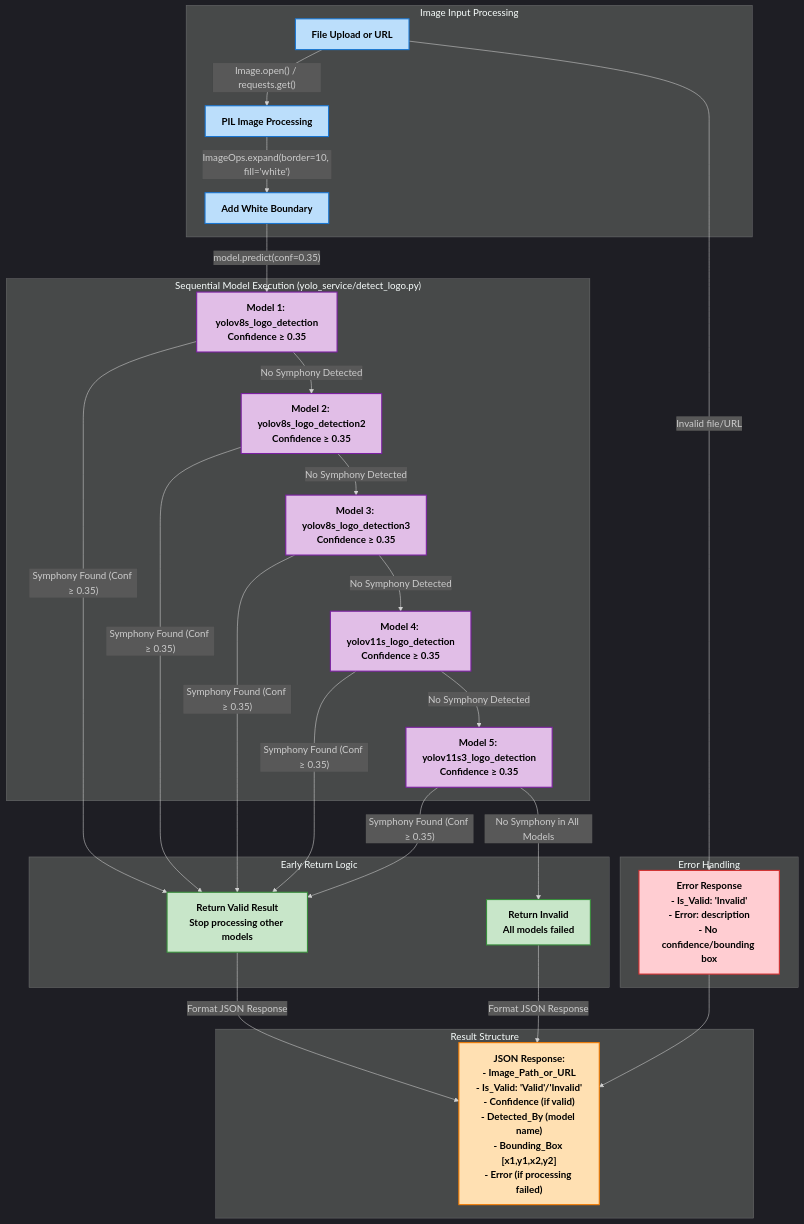
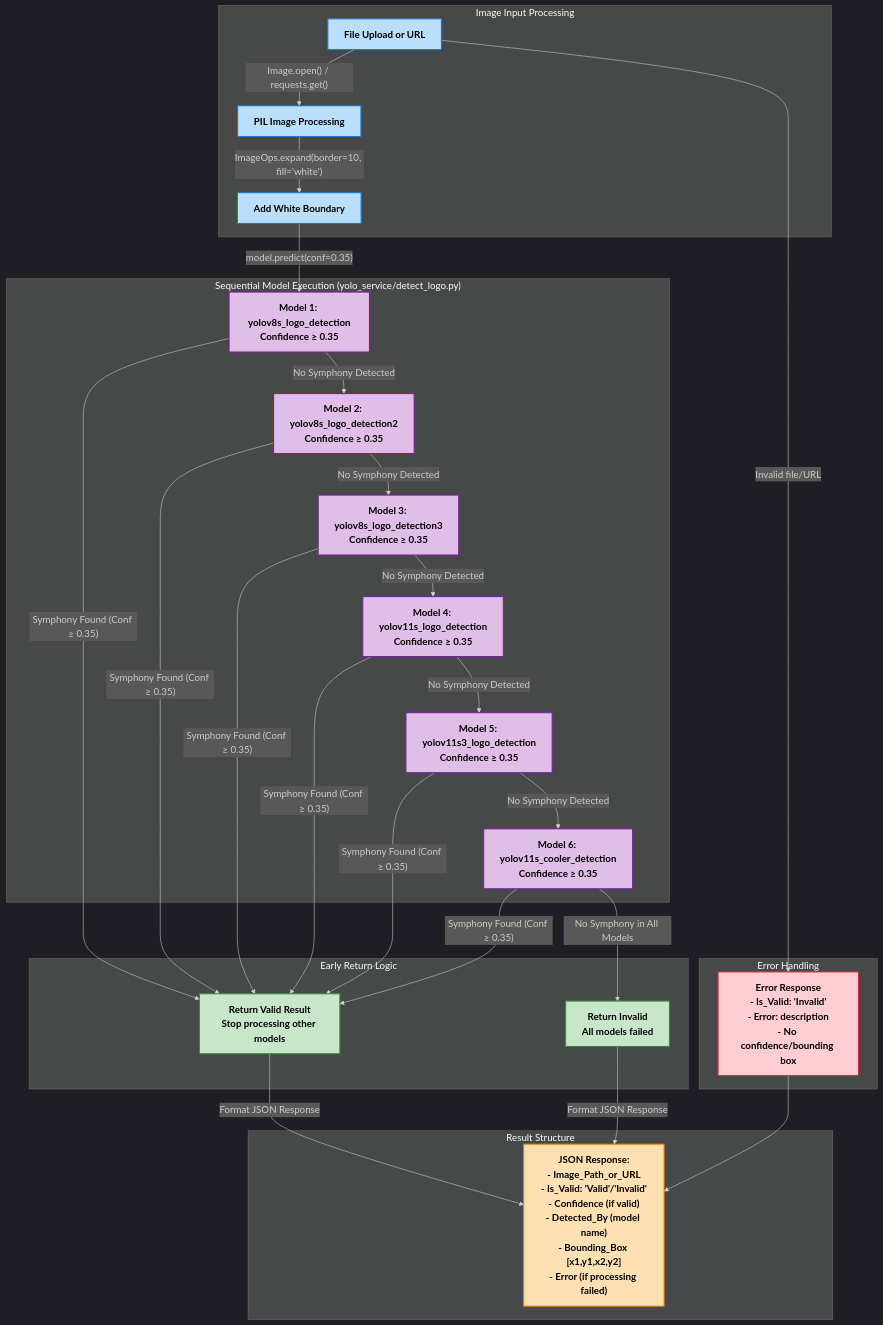
One commit to Dhruv0306/SymphonyProject1 changed the fourth of 10 diagrams in README.md. Above: the diagram before and after it, drawn with Mermaid. The commit also changed other lines of this file and 3 other files, not shown here.

First line of the commit message:
docs: Update documentation to include YOLOv11s cooler model and batch retry fix

````diff
--- a/README.md
+++ b/README.md
@@ -599,47 +601,50 @@
 ```mermaid
 %%{init: {'theme': 'dark', 'themeVariables': { 'fontFamily': 'arial', 'fontSize': '18px', 'fontWeight': 'bold'}}}%%
 graph TD
     subgraph "Image Input Processing"
         style A fill:#bbdefb,stroke:#1976d2,stroke-width:2px,color:#000000,font-weight:bold
         style B fill:#bbdefb,stroke:#1976d2,stroke-width:2px,color:#000000,font-weight:bold
         style C fill:#bbdefb,stroke:#1976d2,stroke-width:2px,color:#000000,font-weight:bold
         A["File Upload or URL"] -->|"Image.open() / requests.get()"| B["PIL Image Processing"]
         B -->|"ImageOps.expand(border=10, fill='white')"| C["Add White Boundary"]
     end
 
     subgraph "Sequential Model Execution (yolo_service/detect_logo.py)"
         style D1 fill:#e1bee7,stroke:#7b1fa2,stroke-width:2px,color:#000000,font-weight:bold
         style D2 fill:#e1bee7,stroke:#7b1fa2,stroke-width:2px,color:#000000,font-weight:bold
         style D3 fill:#e1bee7,stroke:#7b1fa2,stroke-width:2px,color:#000000,font-weight:bold
         style D4 fill:#e1bee7,stroke:#7b1fa2,stroke-width:2px,color:#000000,font-weight:bold
         style D5 fill:#e1bee7,stroke:#7b1fa2,stroke-width:2px,color:#000000,font-weight:bold
+        style D6 fill:#e1bee7,stroke:#7b1fa2,stroke-width:2px,color:#000000,font-weight:bold
         C -->|"model.predict(conf=0.35)"| D1["Model 1: yolov8s_logo_detection<br/>Confidence ≥ 0.35"]
         D1 -->|"No Symphony Detected"| D2["Model 2: yolov8s_logo_detection2<br/>Confidence ≥ 0.35"]
         D2 -->|"No Symphony Detected"| D3["Model 3: yolov8s_logo_detection3<br/>Confidence ≥ 0.35"]
         D3 -->|"No Symphony Detected"| D4["Model 4: yolov11s_logo_detection<br/>Confidence ≥ 0.35"]
         D4 -->|"No Symphony Detected"| D5["Model 5: yolov11s3_logo_detection<br/>Confidence ≥ 0.35"]
+        D5 -->|"No Symphony Detected"| D6["Model 6: yolov11s_cooler_detection<br/>Confidence ≥ 0.35"]
     end
 
     subgraph "Early Return Logic"
         style E1 fill:#c8e6c9,stroke:#388e3c,stroke-width:2px,color:#000000,font-weight:bold
         style E2 fill:#c8e6c9,stroke:#388e3c,stroke-width:2px,color:#000000,font-weight:bold
         D1 -->|"Symphony Found (Conf ≥ 0.35)"| E1["Return Valid Result<br/>Stop processing other models"]
         D2 -->|"Symphony Found (Conf ≥ 0.35)"| E1
         D3 -->|"Symphony Found (Conf ≥ 0.35)"| E1
         D4 -->|"Symphony Found (Conf ≥ 0.35)"| E1
         D5 -->|"Symphony Found (Conf ≥ 0.35)"| E1
-        D5 -->|"No Symphony in All Models"| E2["Return Invalid<br/>All models failed"]
+        D6 -->|"Symphony Found (Conf ≥ 0.35)"| E1
+        D6 -->|"No Symphony in All Models"| E2["Return Invalid<br/>All models failed"]
     end
 
     subgraph "Result Structure"
         style F fill:#ffe0b2,stroke:#f57c00,stroke-width:2px,color:#000000,font-weight:bold
         E1 -->|"Format JSON Response"| F["JSON Response:<br/>- Image_Path_or_URL<br/>- Is_Valid: 'Valid'/'Invalid'<br/>- Confidence (if valid)<br/>- Detected_By (model name)<br/>- Bounding_Box [x1,y1,x2,y2]<br/>- Error (if processing failed)"]
         E2 -->|"Format JSON Response"| F
     end
 
     subgraph "Error Handling"
         style G fill:#ffcdd2,stroke:#d32f2f,stroke-width:2px,color:#000000,font-weight:bold
         A -->|"Invalid file/URL"| G["Error Response<br/>- Is_Valid: 'Invalid'<br/>- Error: description<br/>- No confidence/bounding box"]
         G --> F
     end
 ```
````
